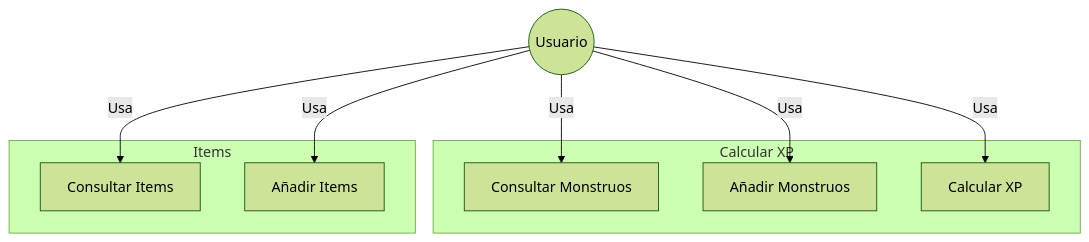
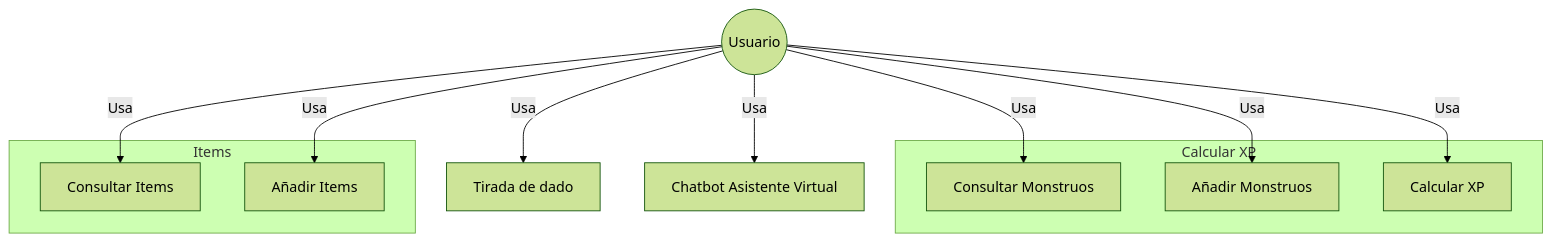
One commit to GuiraoDax-Con/TFG changed the second of 2 diagrams in README.md. Above: the diagram before and after it, drawn with Mermaid (forest theme). The commit also changed other lines of this file, not shown here.

Commit message:
Mejora caso de uso

````diff
--- a/README.md
+++ b/README.md
@@ -60,19 +60,23 @@
 ```mermaid
 flowchart TD
     Usuario((Usuario))
     subgraph Calcular_XP["Calcular XP"]
         CU1[Consultar Monstruos]
         CU2[Añadir Monstruos]
         CU3[Calcular XP]
     end
     subgraph Items["Items"]
         CU4[Consultar Items]
         CU5[Añadir Items]
     end
+    CU6[Tirada de dado]
+    CU7[Chatbot Asistente Virtual]
 
     Usuario -- Usa --> CU1
     Usuario -- Usa --> CU2
     Usuario -- Usa --> CU3
     Usuario -- Usa --> CU4
     Usuario -- Usa --> CU5
+    Usuario -- Usa --> CU6
+    Usuario -- Usa --> CU7
 ```
````
